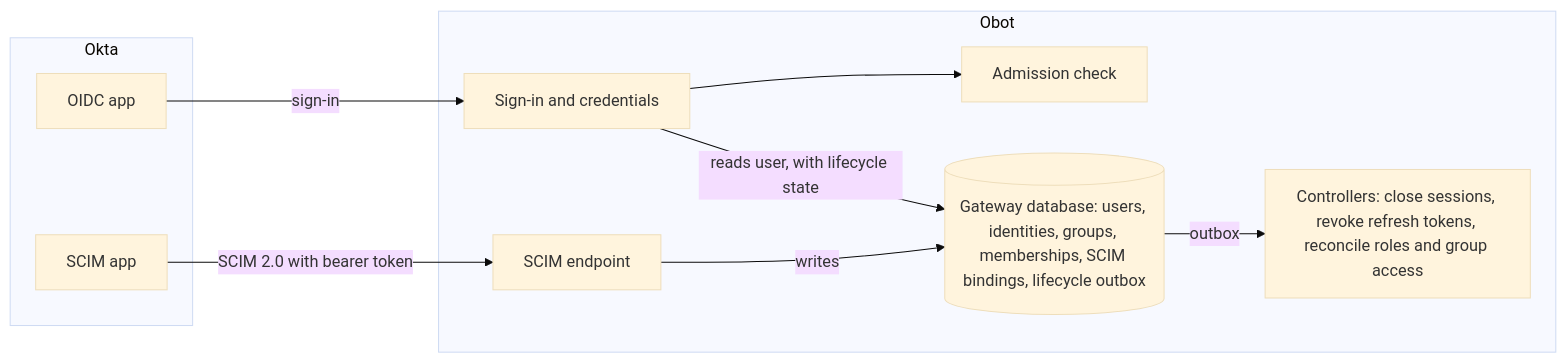
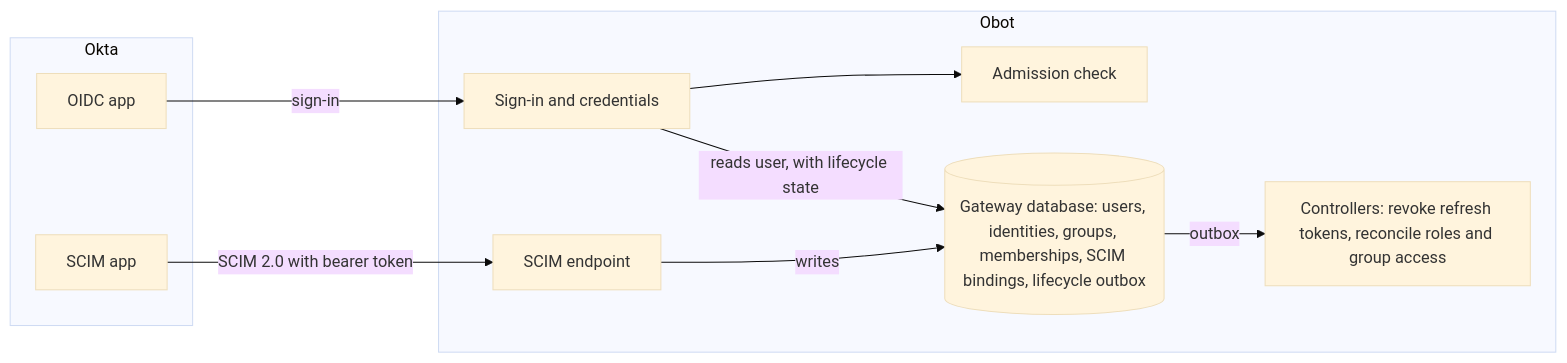
Before and after one commit to g-linville/obot-design-proposals: the first of 2 diagrams in proposals/2026-09-23-okta-scim/README.md, drawn with Mermaid (base theme). The commit also changed other lines of this file, not shown here.

````diff
--- a/proposals/2026-09-23-okta-scim/README.md
+++ b/proposals/2026-09-23-okta-scim/README.md
@@ -103,18 +103,18 @@
 ```mermaid
 flowchart LR
     subgraph Okta
         OIDC["OIDC app"]
         App["SCIM app"]
     end
     subgraph Obot
         Auth["Sign-in and credentials"] --> Check["Admission check"]
         Endpoint["SCIM endpoint"]
         DB[("Gateway database: users, identities, groups, memberships, SCIM bindings, lifecycle outbox")]
-        Ctrl["Controllers: close sessions, revoke refresh tokens, reconcile roles and group access"]
+        Ctrl["Controllers: revoke refresh tokens, reconcile roles and group access"]
     end
     OIDC -- "sign-in" --> Auth
     App -- "SCIM 2.0 with bearer token" --> Endpoint
     Endpoint -- "writes" --> DB
     Auth -- "reads user, with lifecycle state" --> DB
     DB -- "outbox" --> Ctrl
 ```
````
